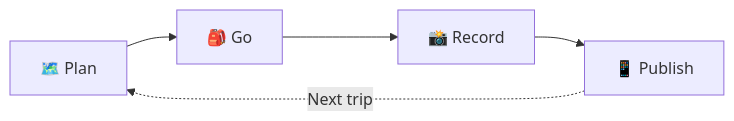
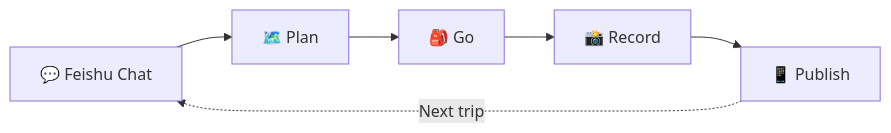
Before and after one commit to peterpanstechland/peterpanstechland.github.io: the first of 4 diagrams in docs/hackathons/2026/nvidia-dgx-spark.md, drawn with Mermaid. The commit also changed other lines of this file and 1 other file, not shown here.

First line of the commit message:
docs: update travel loop flow and move ai-guide image to step zero

````diff
--- a/docs/hackathons/2026/nvidia-dgx-spark.md
+++ b/docs/hackathons/2026/nvidia-dgx-spark.md
@@ -136,7 +136,8 @@
 ```mermaid
 graph LR
-    Plan["🗺️ Plan"] --> Go["🎒 Go"]
+    Chat["💬 Feishu Chat"] --> Plan["🗺️ Plan"]
+    Plan --> Go["🎒 Go"]
     Go --> Record["📸 Record"]
     Record --> Publish["📱 Publish"]
-    Publish -.->|"Next trip"| Plan
+    Publish -.->|"Next trip"| Chat
 ```
````
